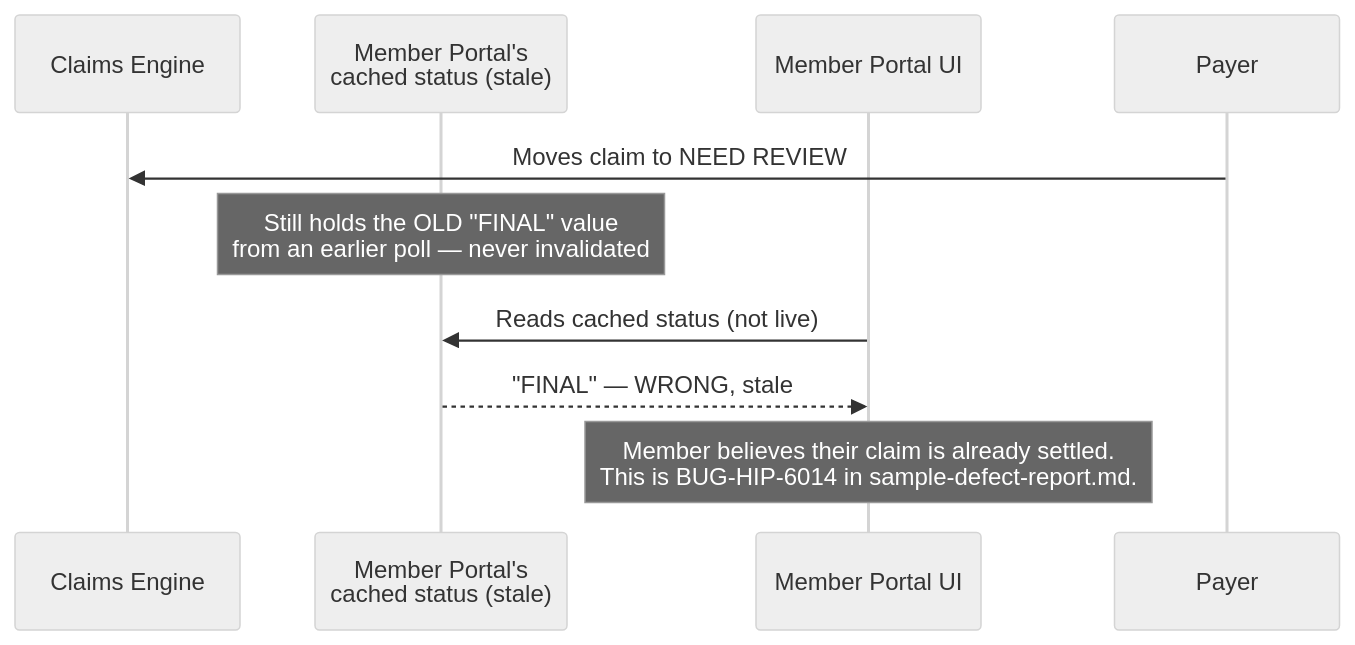
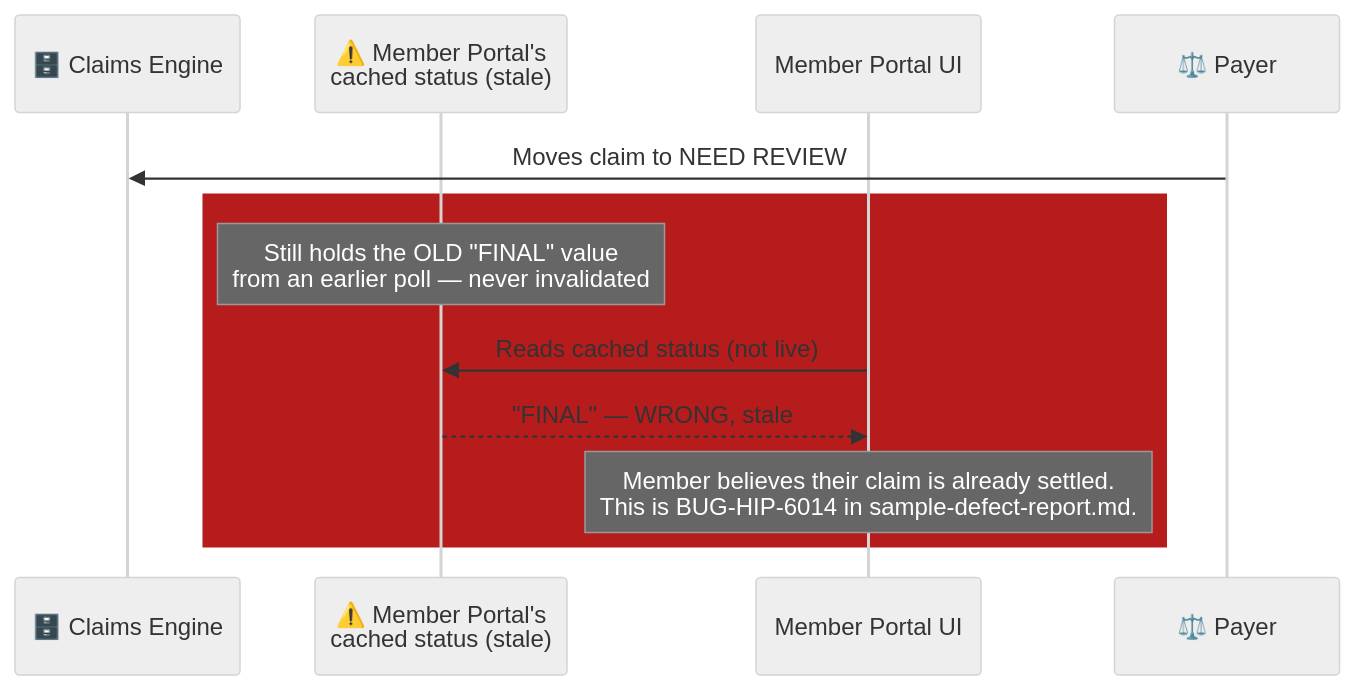
The fifth of 5 diagrams in docs/architecture-and-flow.md (ghanendra-sdet/healthcare-insurance-platform), drawn with Mermaid (neutral theme) before and after one commit. The commit also changed other lines of this file and 1 other file, not shown here.

Commit message:
docs: enrich architecture and tech-and-skills diagrams

````diff
--- a/docs/architecture-and-flow.md
+++ b/docs/architecture-and-flow.md
@@ -166,13 +199,15 @@
 ```mermaid
 sequenceDiagram
-    participant CE as Claims Engine
-    participant Cache as Member Portal's<br/>cached status (stale)
+    participant CE as 🗄️ Claims Engine
+    participant Cache as ⚠️ Member Portal's<br/>cached status (stale)
     participant MP as Member Portal UI
-    participant Payer
+    participant Payer as ⚖️ Payer
 
     Payer->>CE: Moves claim to NEED REVIEW
+    rect rgb(183, 28, 28)
     Note over Cache: Still holds the OLD "FINAL" value<br/>from an earlier poll — never invalidated
     MP->>Cache: Reads cached status (not live)
     Cache-->>MP: "FINAL" — WRONG, stale
     Note over MP: Member believes their claim is already settled.<br/>This is BUG-HIP-6014 in sample-defect-report.md.
+    end
 ```
````
